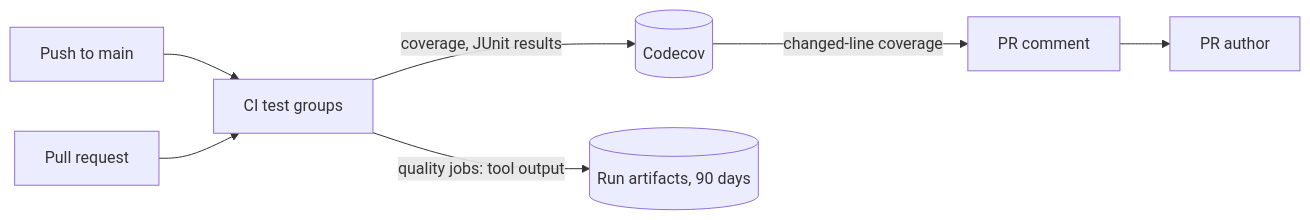
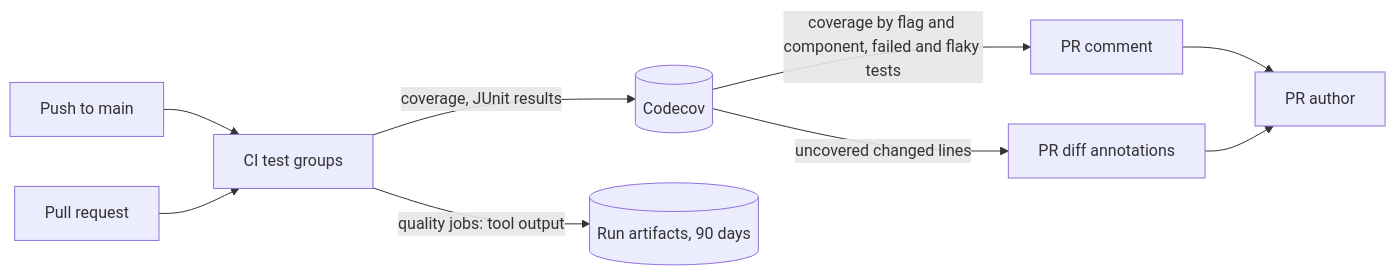
One commit to syudead/vv changed the diagram in docs/design-docs/test-quality-monitoring.md. Above: the diagram before and after it, drawn with Mermaid. The commit also changed other lines of this file and 5 other files, not shown here.

First line of the commit message:
ci: Codecov の flag・コンポーネント・通知の設定を整え、main の CI を取り消さない

````diff
--- a/docs/design-docs/test-quality-monitoring.md
+++ b/docs/design-docs/test-quality-monitoring.md
@@ -11,9 +11,11 @@
 ```mermaid
 flowchart LR
   push[Push to main] --> ci[CI test groups]
   pr[Pull request] --> ci
   ci -->|coverage, JUnit results| codecov[(Codecov)]
   ci -->|quality jobs: tool output| art[(Run artifacts, 90 days)]
-  codecov -->|changed-line coverage| prc[PR comment]
+  codecov -->|coverage by flag and component, failed and flaky tests| prc[PR comment]
+  codecov -->|uncovered changed lines| ann[PR diff annotations]
   prc --> author[PR author]
+  ann --> author
 ```
````
